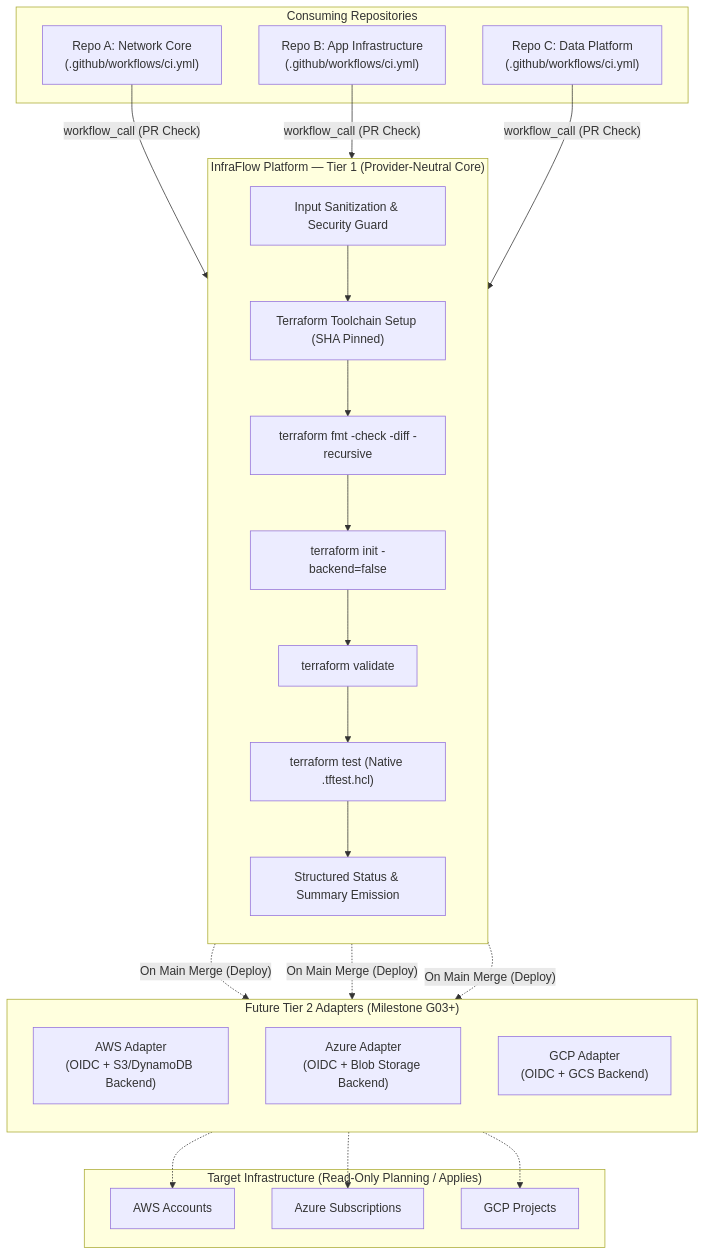
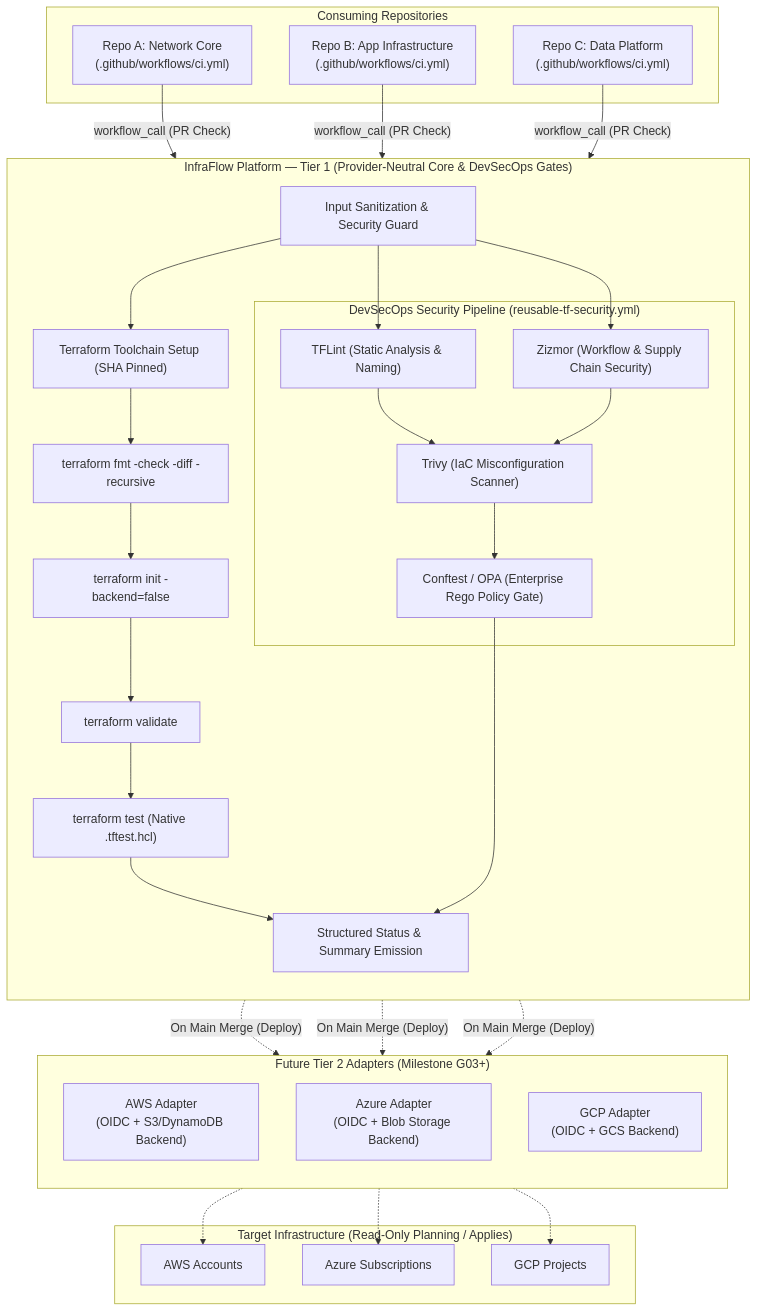
The first of 2 diagrams in docs/architecture/ARCHITECTURE.md (TM-threemavithana/infraflow), drawn with Mermaid before and after one commit. The commit also changed other lines of this file and 6 other files, not shown here.

Commit message:
feat(governance): finalize G04 architecture with rulesets, permission isolation, and 132 quality gates

````diff
--- a/docs/architecture/ARCHITECTURE.md
+++ b/docs/architecture/ARCHITECTURE.md
@@ -26,51 +26,66 @@
 ```mermaid
 flowchart TD
     subgraph Consumers["Consuming Repositories"]
         R1["Repo A: Network Core\n(.github/workflows/ci.yml)"]
         R2["Repo B: App Infrastructure\n(.github/workflows/ci.yml)"]
         R3["Repo C: Data Platform\n(.github/workflows/ci.yml)"]
     end
 
-    subgraph InfraFlowCore["InfraFlow Platform — Tier 1 (Provider-Neutral Core)"]
+    subgraph InfraFlowCore["InfraFlow Platform — Tier 1 (Provider-Neutral Core & DevSecOps Gates)"]
         direction TB
         InputGuard["Input Sanitization & Security Guard"]
         Toolchain["Terraform Toolchain Setup (SHA Pinned)"]
         FmtStep["terraform fmt -check -diff -recursive"]
         InitStep["terraform init -backend=false"]
         ValStep["terraform validate"]
         TestStep["terraform test (Native .tftest.hcl)"]
+
+        subgraph DevSecOps["DevSecOps Security Pipeline (reusable-tf-security.yml)"]
+            TFLint["TFLint (Static Analysis & Naming)"]
+            Zizmor["Zizmor (Workflow & Supply Chain Security)"]
+            Trivy["Trivy (IaC Misconfiguration Scanner)"]
+            Conftest["Conftest / OPA (Enterprise Rego Policy Gate)"]
+        end
+
         Summary["Structured Status & Summary Emission"]
 
         InputGuard --> Toolchain
         Toolchain --> FmtStep
         FmtStep --> InitStep
         InitStep --> ValStep
         ValStep --> TestStep
         TestStep --> Summary
+
+        InputGuard --> TFLint
+        InputGuard --> Zizmor
+        TFLint --> Trivy
+        Zizmor --> Trivy
+        Trivy --> Conftest
+        Conftest --> Summary
     end
 
     subgraph Tier2Adapters["Future Tier 2 Adapters (Milestone G03+)"]
         direction TB
         AWS["AWS Adapter\n(OIDC + S3/DynamoDB Backend)"]
         Azure["Azure Adapter\n(OIDC + Blob Storage Backend)"]
         GCP["GCP Adapter\n(OIDC + GCS Backend)"]
     end
 
     subgraph Targets["Target Infrastructure (Read-Only Planning / Applies)"]
         AWSEnv["AWS Accounts"]
         AzureEnv["Azure Subscriptions"]
         GCPEnv["GCP Projects"]
     end
 
     R1 -->|"workflow_call (PR Check)"| InputGuard
     R2 -->|"workflow_call (PR Check)"| InputGuard
     R3 -->|"workflow_call (PR Check)"| InputGuard
 
     Summary -.->|"On Main Merge (Deploy)"| AWS
     Summary -.->|"On Main Merge (Deploy)"| Azure
     Summary -.->|"On Main Merge (Deploy)"| GCP
 
     AWS -.-> AWSEnv
     Azure -.-> AzureEnv
     GCP -.-> GCPEnv
 ```
````
